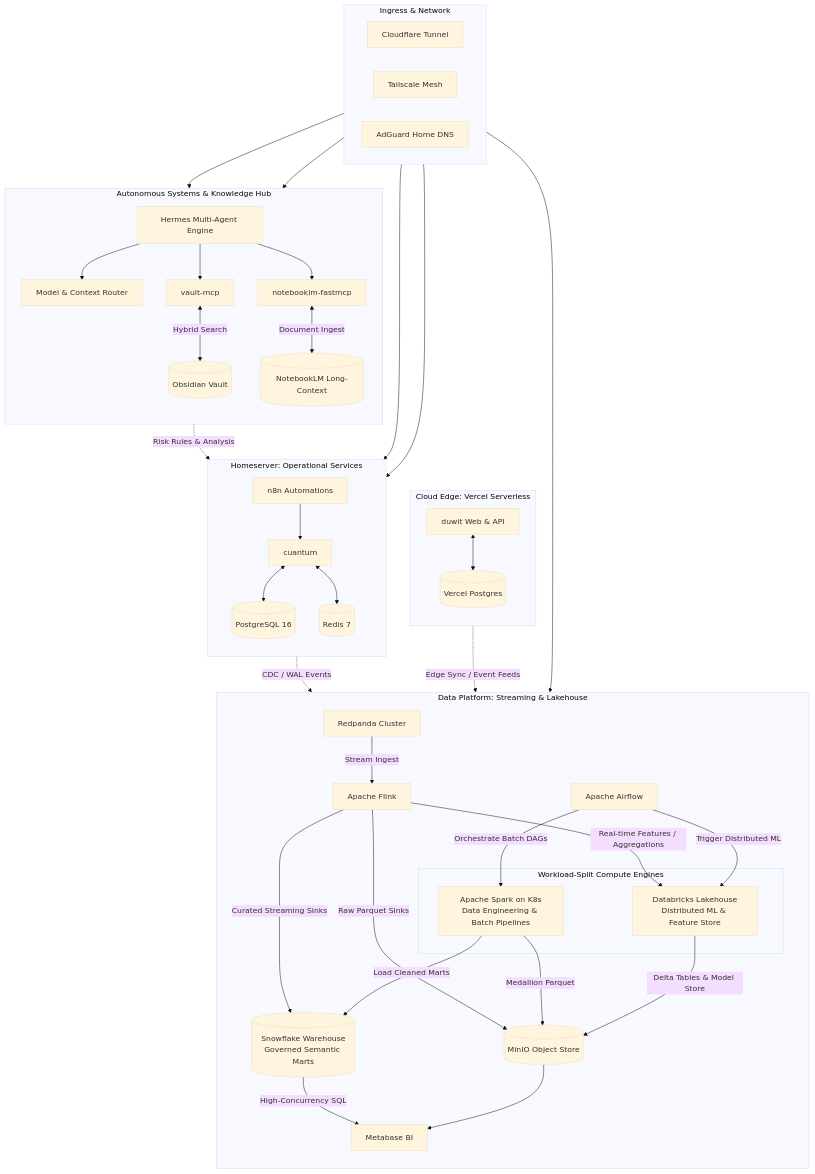
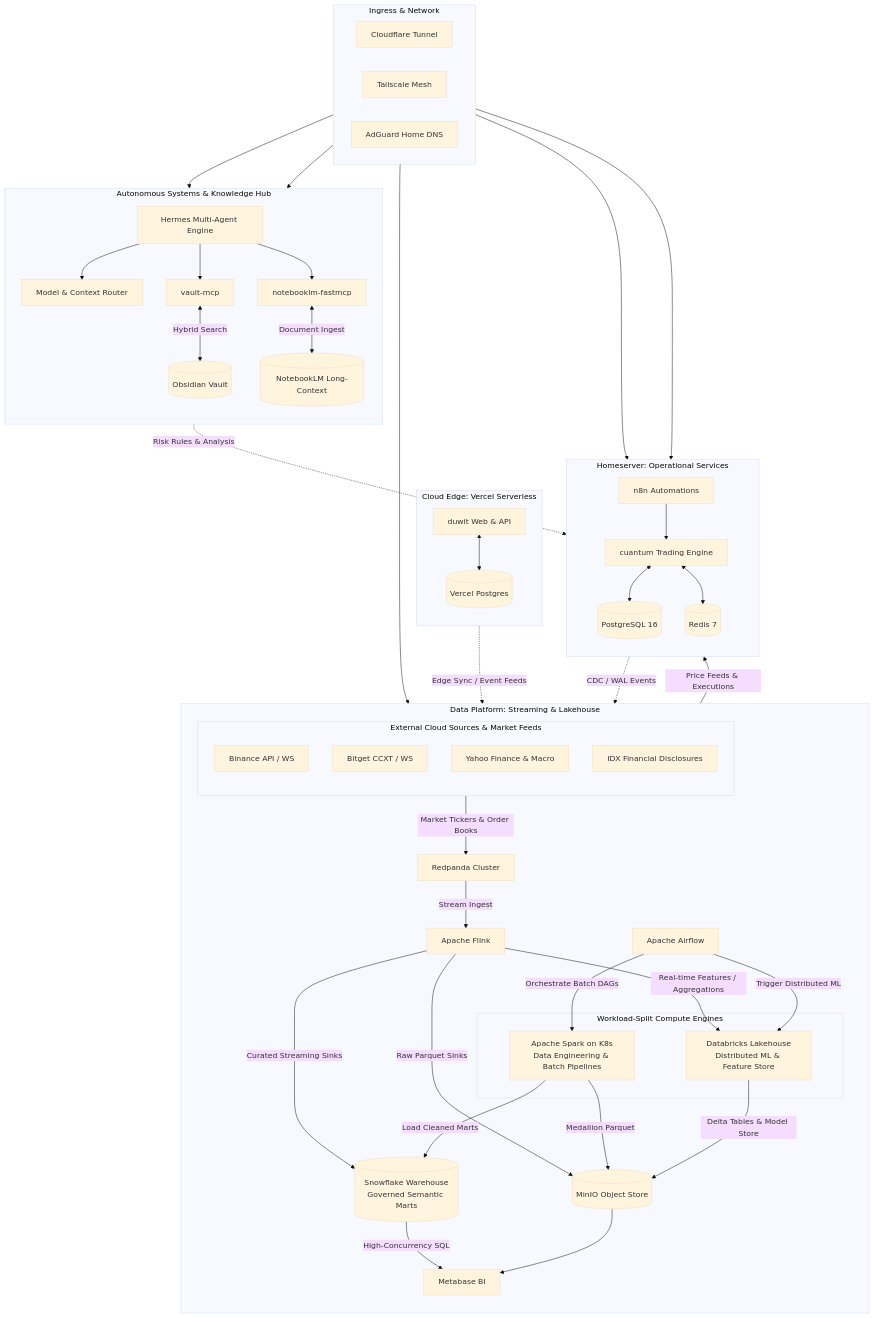
The diagram in README.md (mpandudc/mpandudc), drawn with Mermaid (base theme) before and after one commit. The commit also changed other lines of this file, not shown here.

Commit message:
docs: add cloud market feeds (Binance, Bitget, Yahoo Finance, IDX) to Cuantum and Redpanda streaming pipeline

```diff
--- a/README.md
+++ b/README.md
@@ -21,6 +21,14 @@
         CF[Cloudflare Tunnel]
         TS[Tailscale Mesh]
         DNS[AdGuard Home DNS]
+    end
+
+    subgraph CLOUD_FEEDS [External Cloud Sources & Market Feeds]
+        direction TB
+        EX_BINANCE[Binance API / WS]
+        EX_BITGET[Bitget CCXT / WS]
+        EX_YFINANCE[Yahoo Finance & Macro]
+        EX_IDX[IDX Financial Disclosures]
     end
 
     subgraph CLOUD_EDGE [Cloud Edge: Vercel Serverless]
@@ -32,7 +40,7 @@
 
     subgraph APPS_OPS [Homeserver: Operational Services]
         direction TB
-        CUANTUM[cuantum]
+        CUANTUM[cuantum Trading Engine]
         N8N[n8n Automations]
         PG[(PostgreSQL 16)]
         REDIS[(Redis 7)]
@@ -59,6 +67,9 @@
 
         PG -.->|CDC / WAL Events| REDPANDA
         DUWIT_DB -.->|Edge Sync / Event Feeds| REDPANDA
+        CLOUD_FEEDS -->|Market Tickers & Order Books| REDPANDA
+        CLOUD_FEEDS -->|Price Feeds & Executions| CUANTUM
+        
         REDPANDA -->|Stream Ingest| FLINK
         FLINK -->|Real-time Features / Aggregations| DATABRICKS
         FLINK -->|Curated Streaming Sinks| SNOWFLAKE
```
